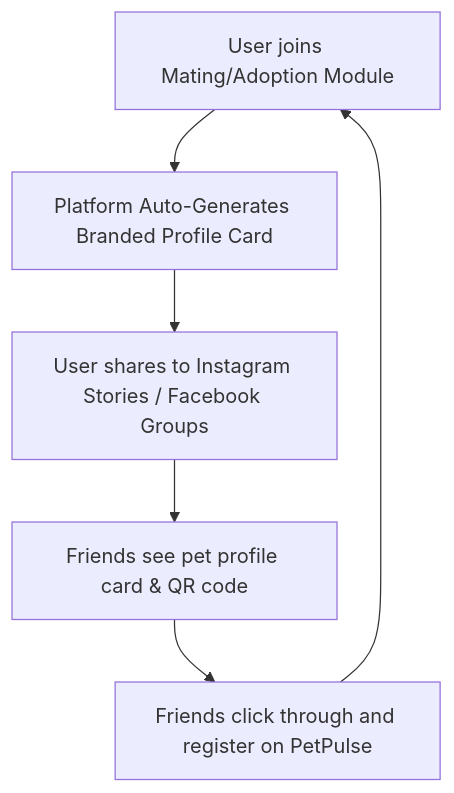
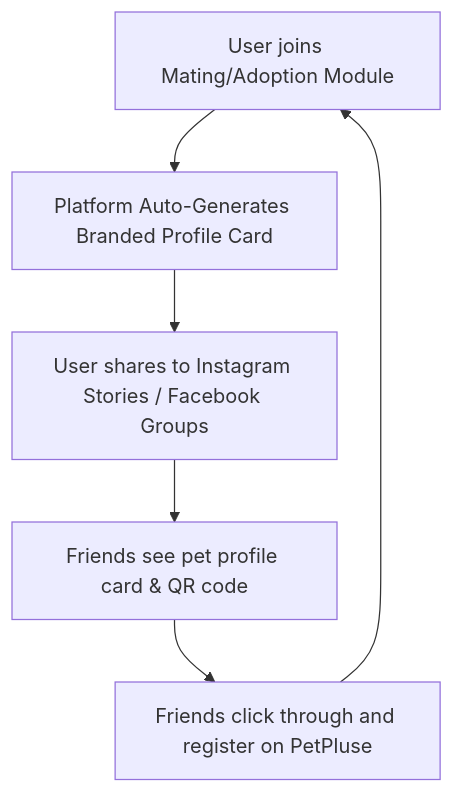
Before and after one commit to laila2005/Mewoo: the diagram in docs/submissions/Business_Model.md, drawn with Mermaid. The commit also changed other lines of this file and 105 other files, not shown here.

First line of the commit message:
chore: rename the platform to PetPluse

````diff
--- a/docs/submissions/Business_Model.md
+++ b/docs/submissions/Business_Model.md
@@ -50,8 +50,8 @@
 ```mermaid
 graph TD
     UserMatch[User joins Mating/Adoption Module] --> ProfileCard[Platform Auto-Generates Branded Profile Card]
     ProfileCard --> SocialShare[User shares to Instagram Stories / Facebook Groups]
     SocialShare --> Referral[Friends see pet profile card & QR code]
-    Referral --> Register[Friends click through and register on PetPulse]
+    Referral --> Register[Friends click through and register on PetPluse]
     Register --> UserMatch
 ```
````
